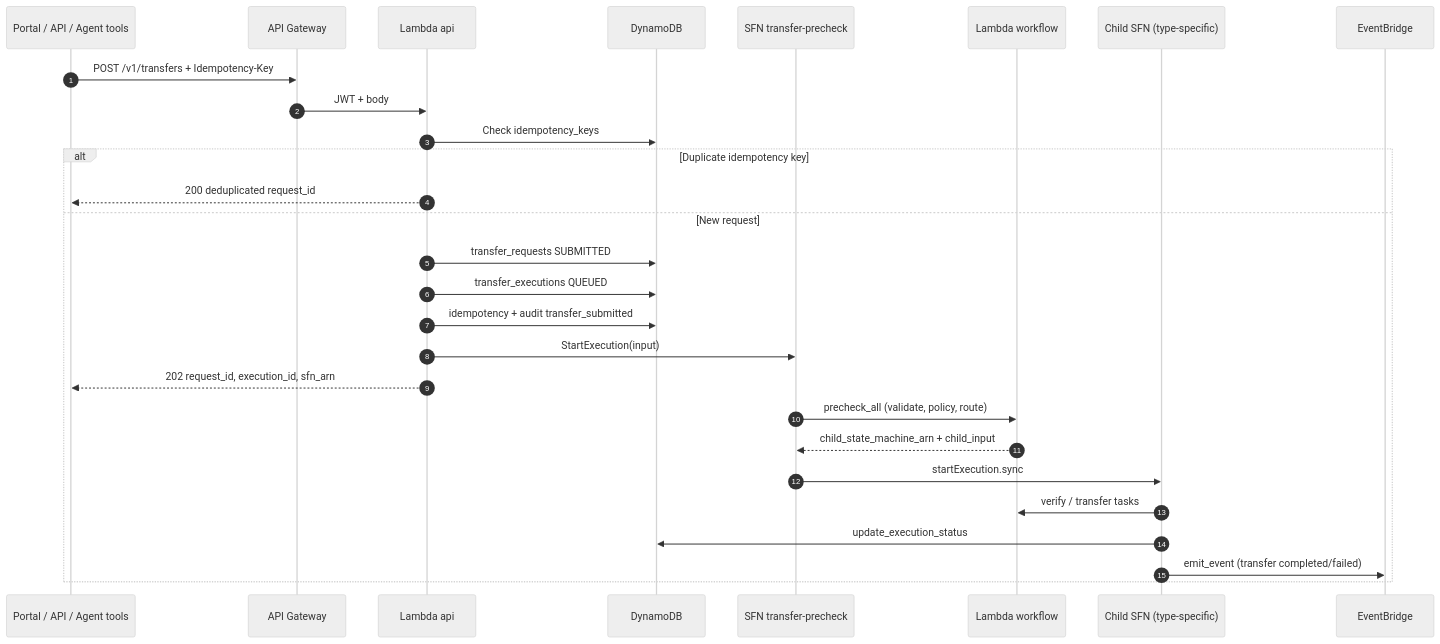
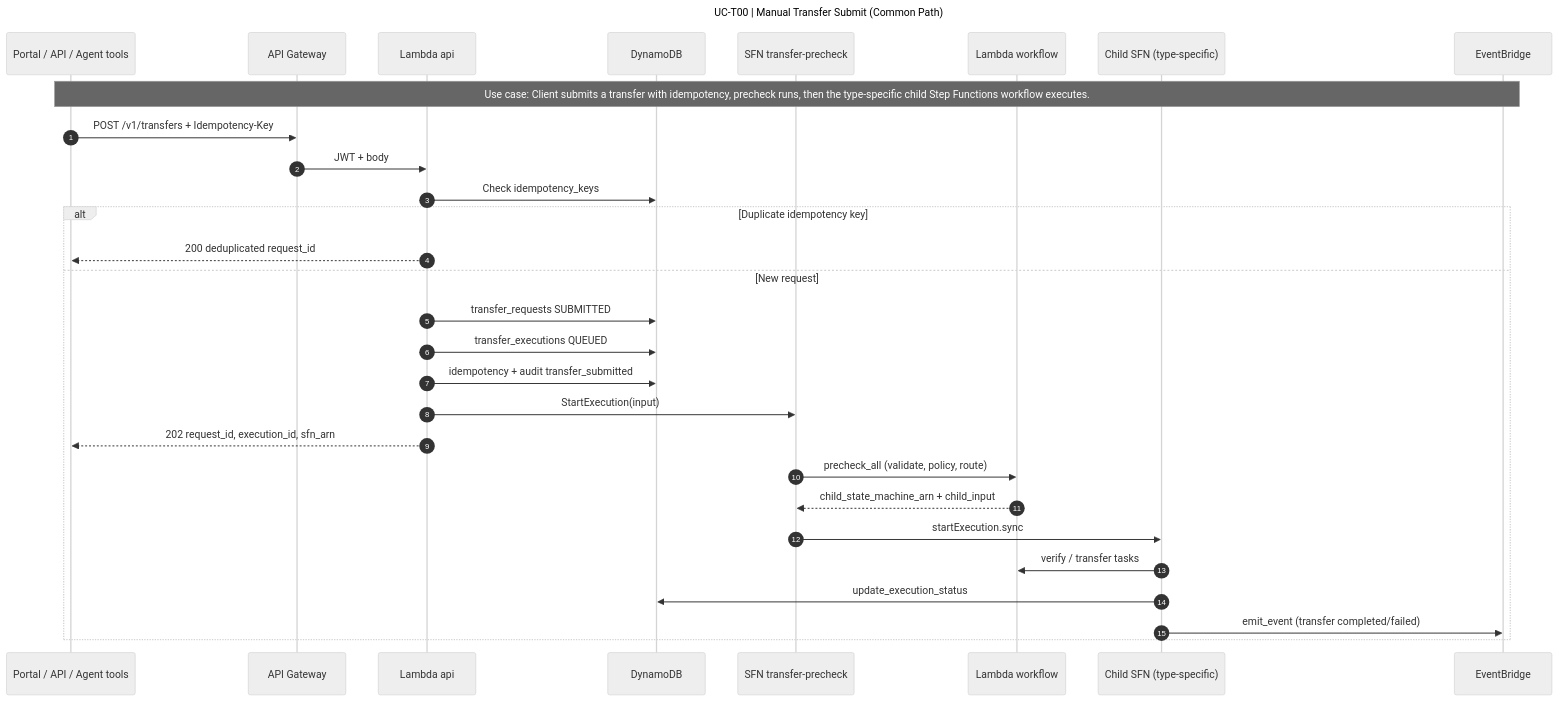
Before and after one commit to bayareala8s/BayRelayAI: the diagram in docs/sequence-diagrams/mmd/UC-T00.mmd, drawn with Mermaid (neutral theme). The commit also changed 68 other files, not shown here.

First line of the commit message:
Add title and use-case labels to all sequence diagrams.

```diff
--- a/docs/sequence-diagrams/mmd/UC-T00.mmd
+++ b/docs/sequence-diagrams/mmd/UC-T00.mmd
@@ -1,29 +1,33 @@
+---
+title: UC-T00 | Manual Transfer Submit (Common Path)
+---
 sequenceDiagram
   autonumber
   participant Client as Portal / API / Agent tools
   participant APIGW as API Gateway
   participant API as Lambda api
   participant DDB as DynamoDB
   participant SFN as SFN transfer-precheck
   participant WF as Lambda workflow
   participant Child as Child SFN (type-specific)
   participant EB as EventBridge
+  Note over Client,EB: Use case: Client submits a transfer with idempotency, precheck runs, then the type-specific child Step Functions workflow executes.
 
   Client->>APIGW: POST /v1/transfers + Idempotency-Key
   APIGW->>API: JWT + body
   API->>DDB: Check idempotency_keys
   alt Duplicate idempotency key
     API-->>Client: 200 deduplicated request_id
   else New request
     API->>DDB: transfer_requests SUBMITTED
     API->>DDB: transfer_executions QUEUED
     API->>DDB: idempotency + audit transfer_submitted
     API->>SFN: StartExecution(input)
     API-->>Client: 202 request_id, execution_id, sfn_arn
     SFN->>WF: precheck_all (validate, policy, route)
     WF-->>SFN: child_state_machine_arn + child_input
     SFN->>Child: startExecution.sync
     Child->>WF: verify / transfer tasks
     Child->>DDB: update_execution_status
     Child->>EB: emit_event (transfer completed/failed)
   end
```
